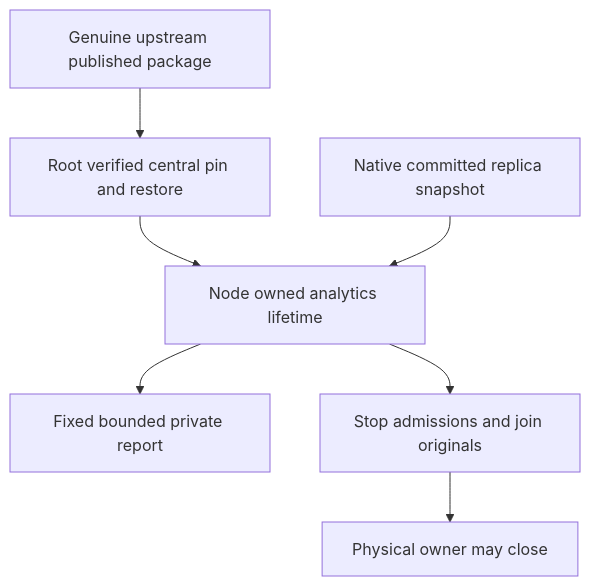
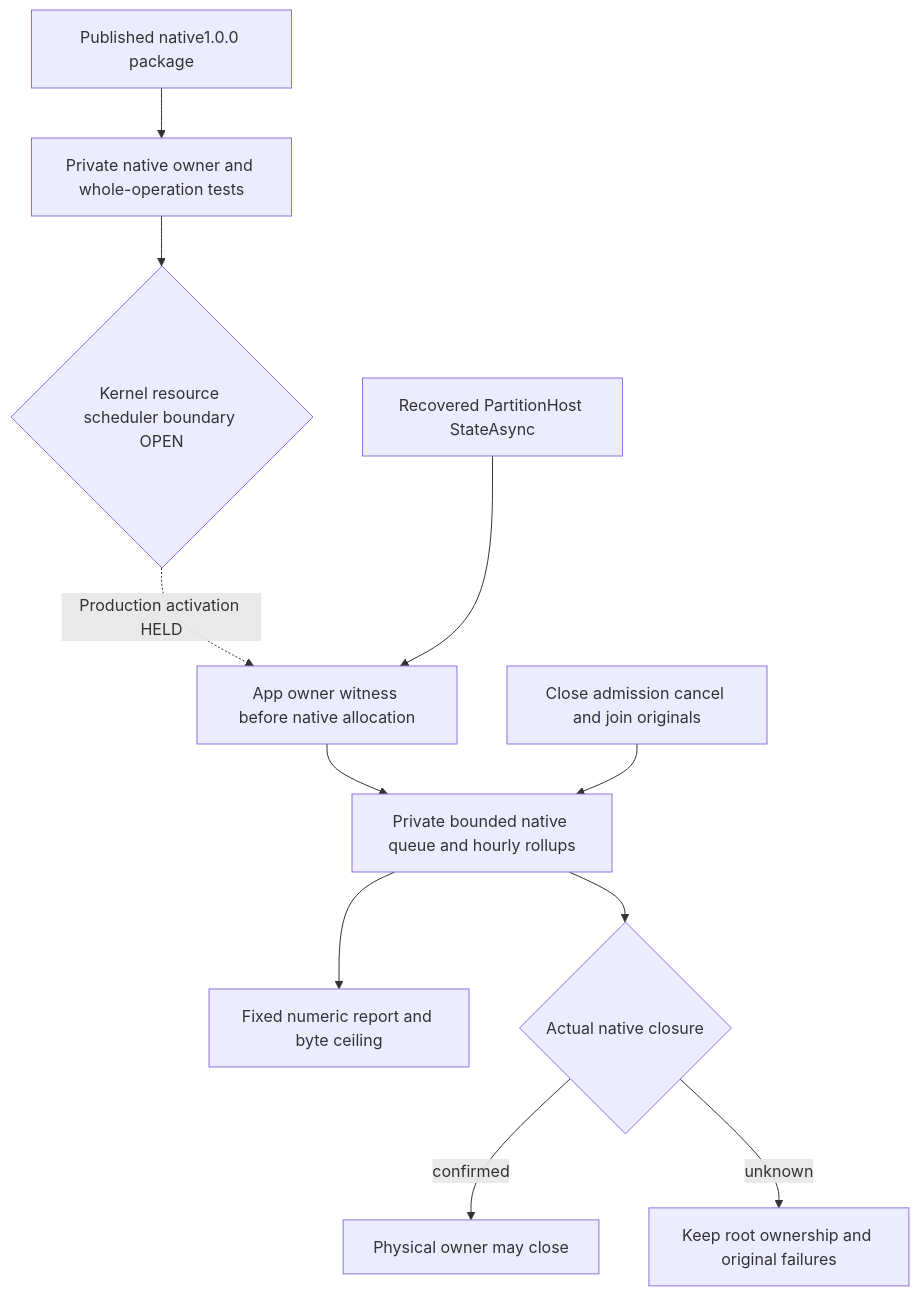
Before and after one commit to managedcode/KeyLoad: the diagram in docs/Features/ResourceExecution/OperationalAnalytics.md, drawn with Mermaid. The commit also changed other lines of this file and 73 other files, not shown here.

Commit message:
Integrate native Analytics and bound SDK response admission

````diff
--- a/docs/Features/ResourceExecution/OperationalAnalytics.md
+++ b/docs/Features/ResourceExecution/OperationalAnalytics.md
@@ -35,9 +45,13 @@
 ```mermaid
 flowchart TD
-    Publish[Genuine upstream published package] --> Pin[Root verified central pin and restore]
-    Pin --> Owner[Node owned analytics lifetime]
-    State[Native committed replica snapshot] --> Owner
-    Owner --> Query[Fixed bounded private report]
-    Owner --> Join[Stop admissions and join originals]
-    Join --> Physical[Physical owner may close]
+    Package[Published native1.0.0 package] --> Component[Private native owner and whole-operation tests]
+    Component --> Gate{Kernel resource scheduler boundary OPEN}
+    Gate -. Production activation HELD .-> Witness[App owner witness before native allocation]
+    Recovered[Recovered PartitionHost StateAsync] --> Witness
+    Witness --> Native[Private bounded native queue and hourly rollups]
+    Native --> Report[Fixed numeric report and byte ceiling]
+    Stop[Close admission cancel and join originals] --> Native
+    Native --> Joined{Actual native closure}
+    Joined -->|confirmed| Physical[Physical owner may close]
+    Joined -->|unknown| Retain[Keep root ownership and original failures]
 ```
````
